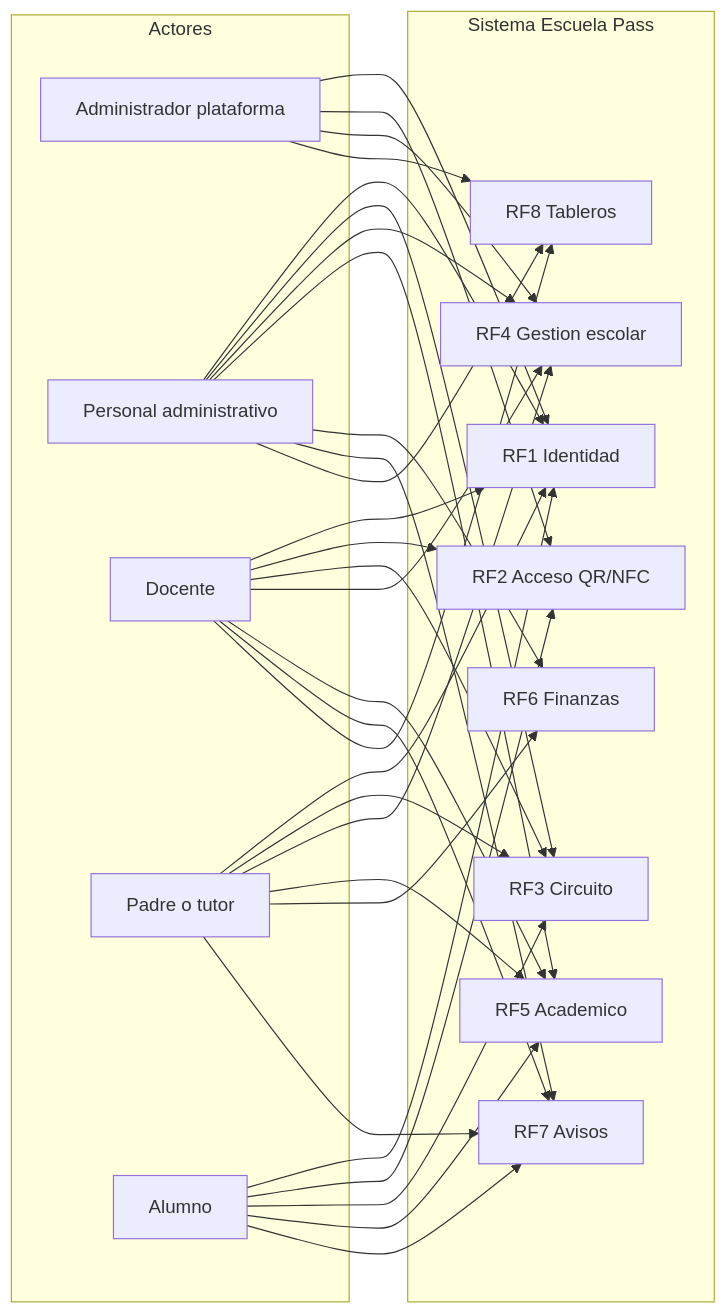
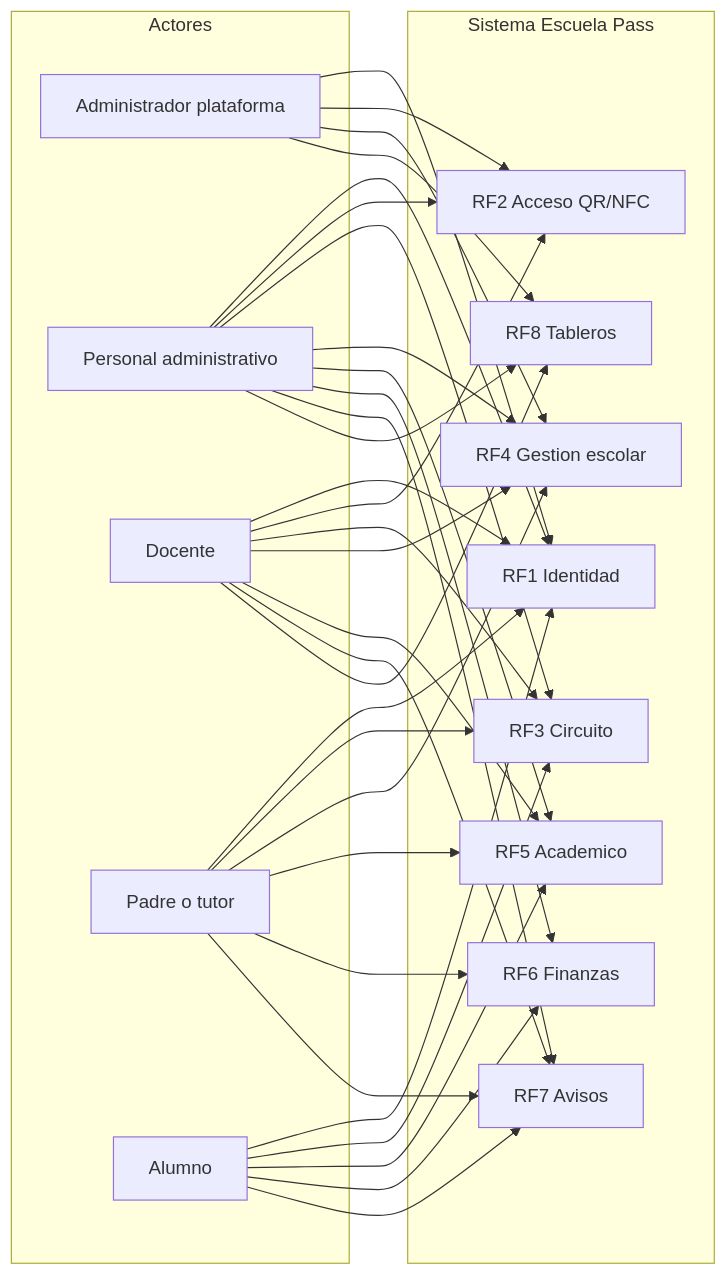
One commit to UJohnnyU/EscuelaPass---Seguridad-Institucional changed the seventh of 15 diagrams in 01 - Escuela Pass/docs/tdg/prompts-imagenes-ia.md. Above: the diagram before and after it, drawn with Mermaid. The commit also changed other lines of this file and 1 other file, not shown here.

First line of the commit message:
docs(tdg): alinear maestro v2 y guía Fig. 7 con producto y Anexo 05

````diff
--- a/01 - Escuela Pass/docs/tdg/prompts-imagenes-ia.md
+++ b/01 - Escuela Pass/docs/tdg/prompts-imagenes-ia.md
@@ -779,49 +784,50 @@
 ```mermaid
 flowchart LR
   subgraph actores [Actores]
     A1[Administrador plataforma]
     A2[Personal administrativo]
     A3[Docente]
     A4[Padre o tutor]
     A5[Alumno]
   end
   subgraph sistema [Sistema Escuela Pass]
     RF1[RF1 Identidad]
     RF2[RF2 Acceso QR/NFC]
     RF3[RF3 Circuito]
     RF4[RF4 Gestion escolar]
     RF5[RF5 Academico]
     RF6[RF6 Finanzas]
     RF7[RF7 Avisos]
     RF8[RF8 Tableros]
   end
   A1 --> RF1
   A1 --> RF2
   A1 --> RF4
   A1 --> RF8
   A2 --> RF1
+  A2 --> RF2
   A2 --> RF3
   A2 --> RF4
   A2 --> RF5
   A2 --> RF6
   A2 --> RF7
   A2 --> RF8
   A3 --> RF1
   A3 --> RF2
   A3 --> RF3
   A3 --> RF4
   A3 --> RF5
   A3 --> RF7
   A3 --> RF8
   A4 --> RF1
   A4 --> RF3
   A4 --> RF4
   A4 --> RF5
   A4 --> RF6
   A4 --> RF7
   A5 --> RF1
-  A5 --> RF2
   A5 --> RF3
   A5 --> RF5
+  A5 --> RF6
   A5 --> RF7
 ```
````
